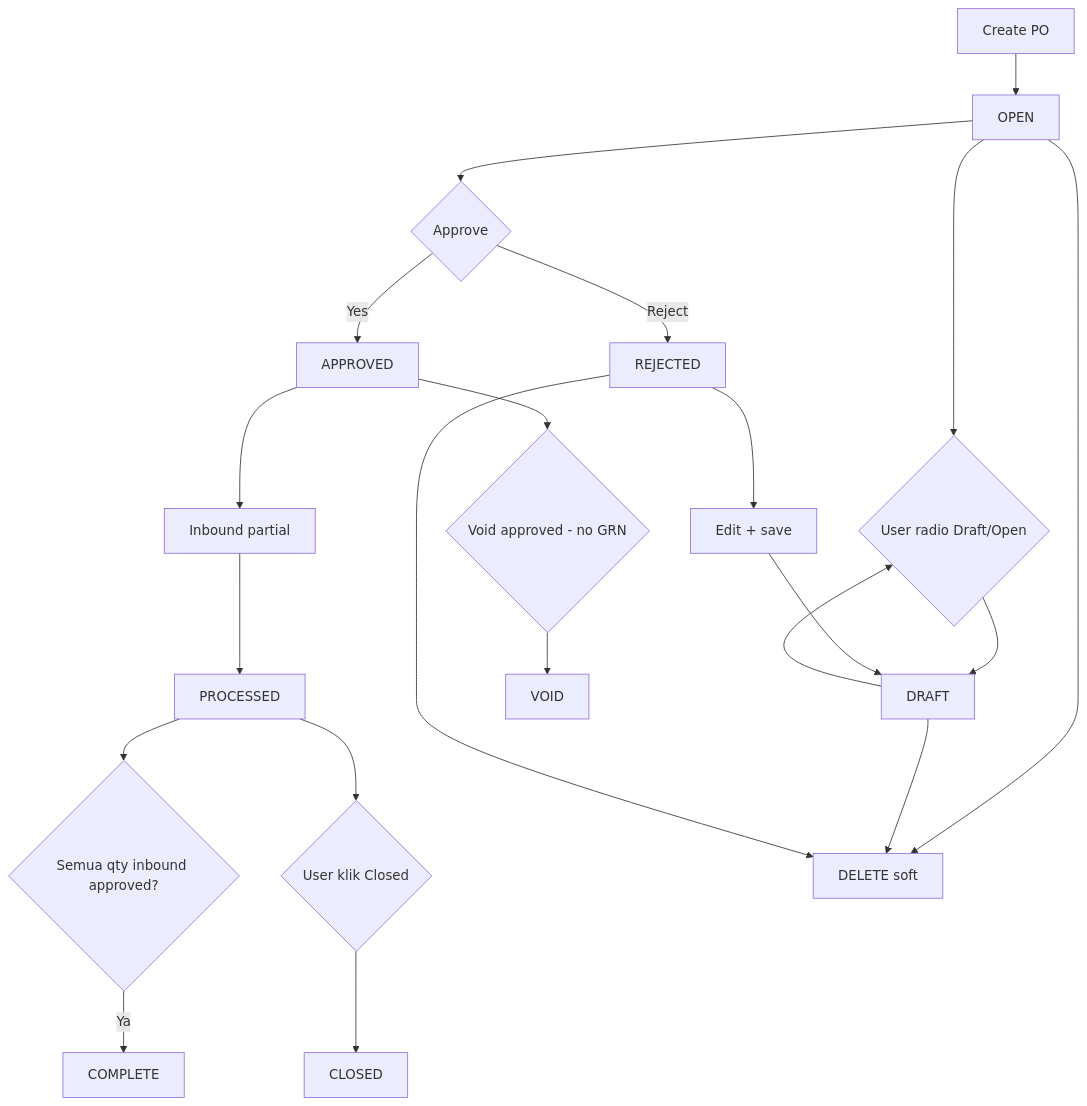
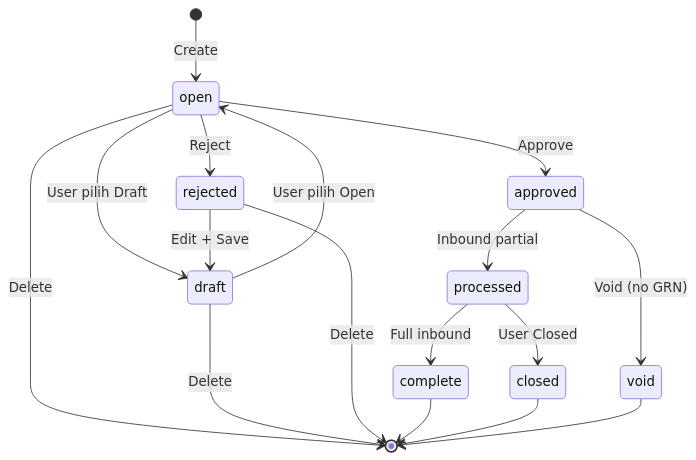
The first of 2 diagrams in qa-docs/supplychain-purchase-order/requirement.md (yendyr/olshoperp-docs), drawn with Mermaid before and after one commit. The commit also changed other lines of this file and 49 other files, not shown here.

````diff
--- a/qa-docs/supplychain-purchase-order/requirement.md
+++ b/qa-docs/supplychain-purchase-order/requirement.md
@@ -62,23 +72,19 @@
 ```mermaid
-flowchart TD
-    A[Create PO] --> B[OPEN]
-    B --> C{User radio Draft/Open}
-    C --> D[DRAFT]
-    D --> C
-    B --> E{Approve}
-    E -->|Yes| F[APPROVED]
-    E -->|Reject| G[REJECTED]
-    G --> H[Edit + save]
-    H --> D
-    F --> I[Inbound partial]
-    I --> J[PROCESSED]
-    J --> K{Semua qty inbound approved?}
-    K -->|Ya| L[COMPLETE]
-    J --> M{User klik Closed}
-    M --> N[CLOSED]
-    F --> O{Void approved - no GRN}
-    O --> P[VOID]
-    B --> Q[DELETE soft]
-    D --> Q
-    G --> Q
+stateDiagram-v2
+    [*] --> open: Create
+    open --> draft: User pilih Draft
+    draft --> open: User pilih Open
+    open --> approved: Approve
+    open --> rejected: Reject
+    rejected --> draft: Edit + Save
+    approved --> processed: Inbound partial
+    processed --> complete: Full inbound
+    processed --> closed: User Closed
+    approved --> void: Void (no GRN)
+    open --> [*]: Delete
+    draft --> [*]: Delete
+    rejected --> [*]: Delete
+    complete --> [*]
+    closed --> [*]
+    void --> [*]
 ```
````
